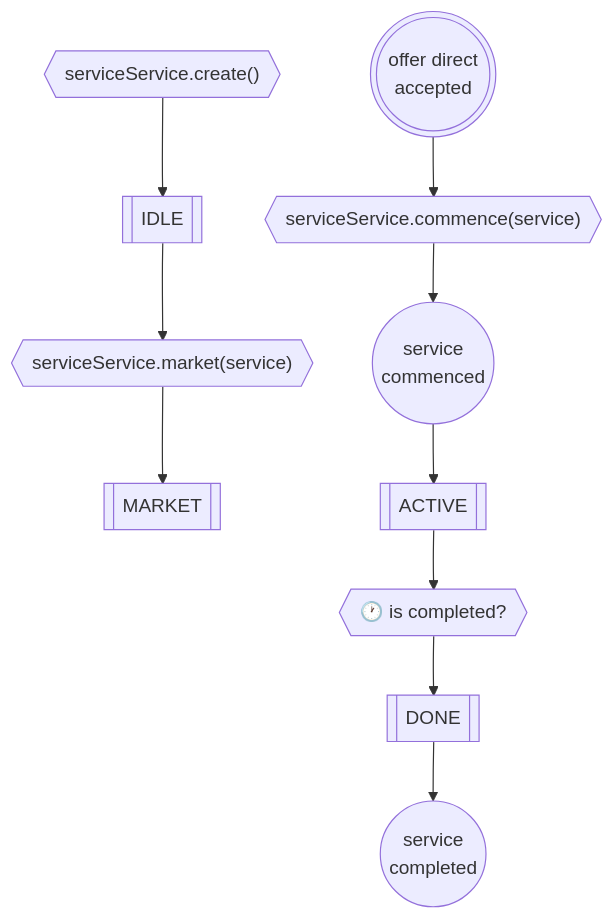
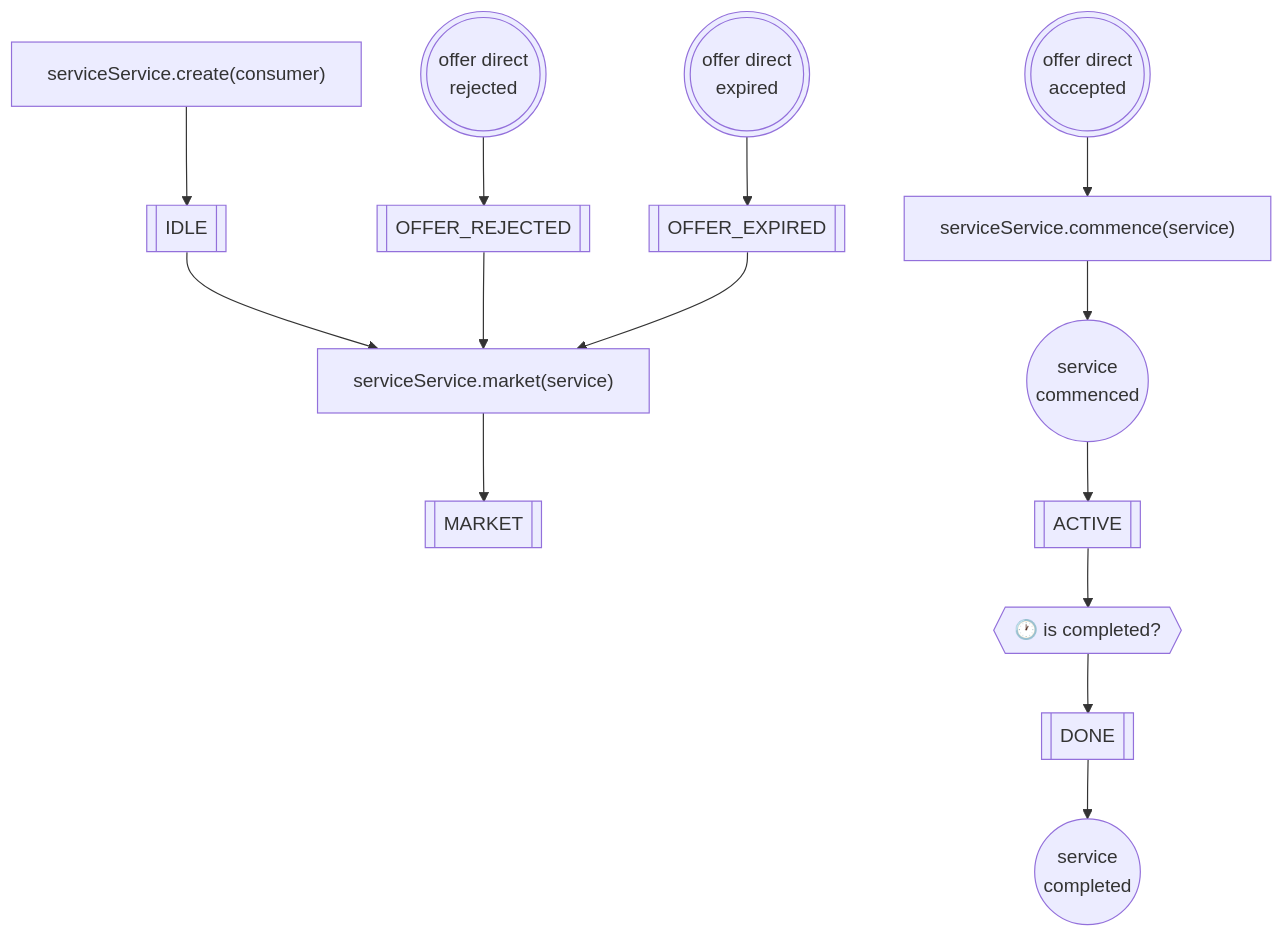
One commit to fsprojekti/shr-mfg-cpl-sim changed the second of 3 diagrams in README.md. Above: the diagram before and after it, drawn with Mermaid. The commit also changed other lines of this file and 4 other files, not shown here.

````diff
--- a/README.md
+++ b/README.md
@@ -21,16 +15,20 @@
 ```mermaid
 graph 
     A[[IDLE]]
     B[[MARKET]]
     D[[ACTIVE]]
     E[[DONE]]
 
-    AA{{"serviceService.create()"}} --> A
-    A --> T1{{"serviceService.market(service)"}} --> B
-    T3((("offer direct <br>accepted"))) --> C{{"serviceService.commence(service)"}} 
+    AA["serviceService.create(consumer)"] --> A
+    A --> T1["serviceService.market(service)"] --> B
+    T3((("offer direct <br>accepted"))) --> C["serviceService.commence(service)"] 
     C-->T6((service<br>commenced))-->D
     D --> T4{{"&#128336 is completed?"}} --> E
-    E-->T5(("service <br>completed")) 
-   
+    E-->T5(("service <br>completed"))
+
+    T7((("offer direct <br>rejected")))-->T11[[OFFER_REJECTED]]-->T1
+    T8((("offer direct <br>expired")))-->T12[[OFFER_EXPIRED]]-->T1
+    
+
     
 ```
````
